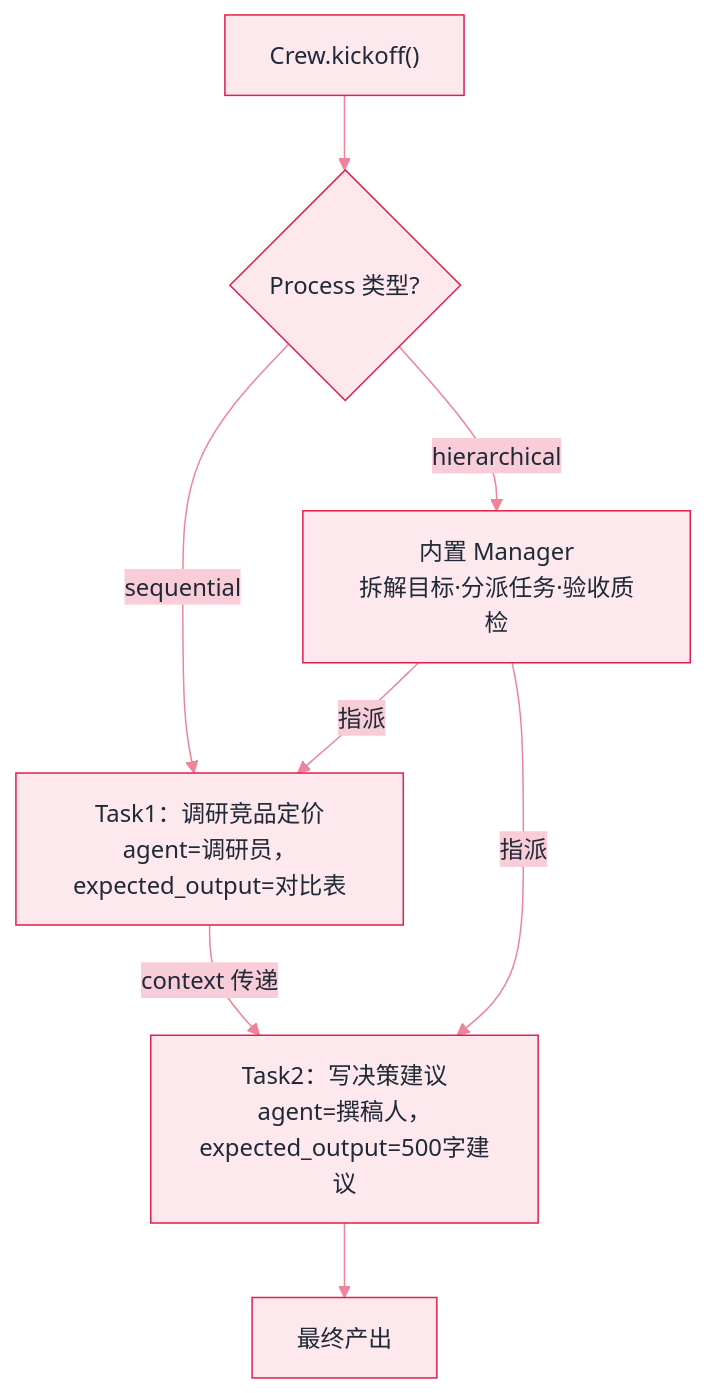
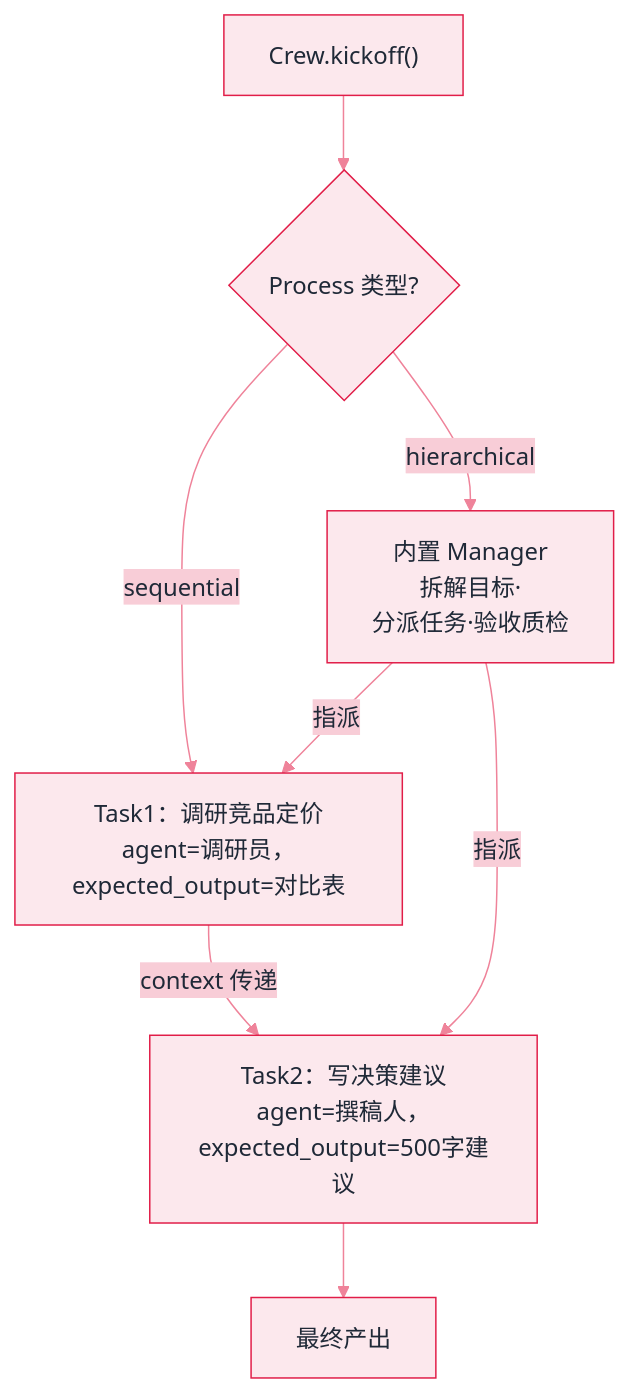
One commit to funny8kids/ai-agent-handbook changed the diagram in docs/09-frameworks/crewai.md. Above: the diagram before and after it, drawn with Mermaid. The commit also changed 7 other files, not shown here.

````diff
--- a/docs/09-frameworks/crewai.md
+++ b/docs/09-frameworks/crewai.md
@@ -73,11 +73,11 @@
 ```mermaid
 %%{init: {"theme":"base","themeVariables":{"primaryColor":"#FCE8ED","primaryBorderColor":"#E11D48","primaryTextColor":"#1F2937","secondaryColor":"#F8CDD7","tertiaryColor":"#FEF6F8","lineColor":"#EF839A","actorBkg":"#FDEDF0","actorBorder":"#E11D48","actorTextColor":"#1F2937","signalColor":"#EA617F","noteBkgColor":"#FAD6DE","noteBorderColor":"#E11D48","noteTextColor":"#1F2937","labelBoxBkgColor":"#FCE8ED","labelBoxBorderColor":"#E11D48"}}}%%
 flowchart TD
   K["Crew.kickoff()"] --> P{Process 类型?}
   P -->|sequential| T1["Task1：调研竞品定价<br/>agent=调研员，expected_output=对比表"]
   T1 -->|context 传递| T2["Task2：写决策建议<br/>agent=撰稿人，expected_output=500字建议"]
-  P -->|hierarchical| M["内置 Manager<br/>拆解目标·分派任务·验收质检"]
+  P -->|hierarchical| M["内置 Manager<br/>拆解目标·<br/>分派任务·验收质检"]
   M -->|指派| T1
   M -->|指派| T2
   T2 --> R["最终产出"]
 ```
````
